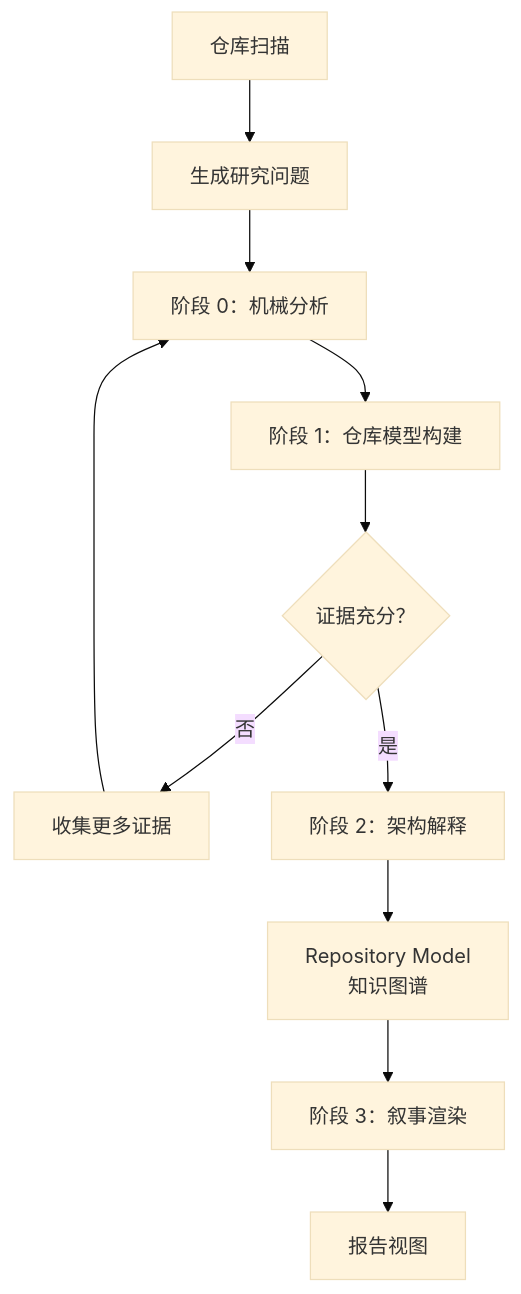
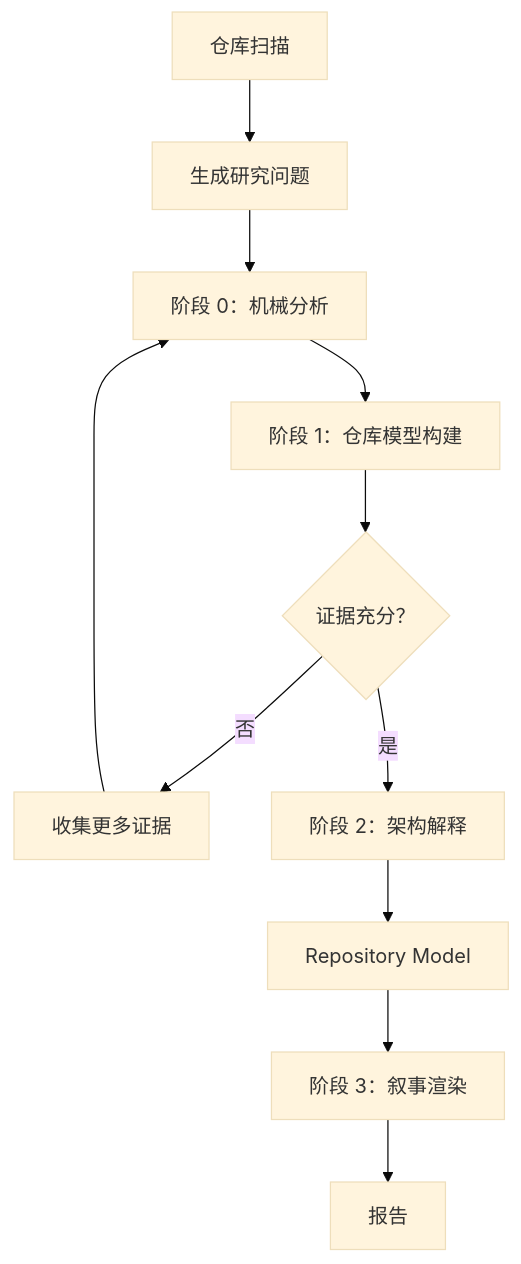
The first of 2 diagrams in .trae/skills/repo-research-v2/SKILL.md (devweekly/devweekly.github.io), drawn with Mermaid (base theme) before and after one commit. The commit also changed other lines of this file and 2 other files, not shown here.

````diff
--- a/.trae/skills/repo-research-v2/SKILL.md
+++ b/.trae/skills/repo-research-v2/SKILL.md
@@ -90,13 +81,13 @@
 ```mermaid
 flowchart TD
     A[仓库扫描] --> B[生成研究问题]
     B --> C[阶段 0：机械分析]
     C --> D[阶段 1：仓库模型构建]
     D --> E{证据充分？}
     E -- 否 --> F[收集更多证据]
     F --> C
     E -- 是 --> G[阶段 2：架构解释]
-    G --> I[Repository Model<br/>知识图谱]
+    G --> I[Repository Model]
     I --> H[阶段 3：叙事渲染]
-    H --> J[报告视图]
+    H --> J[报告]
 ```
````
